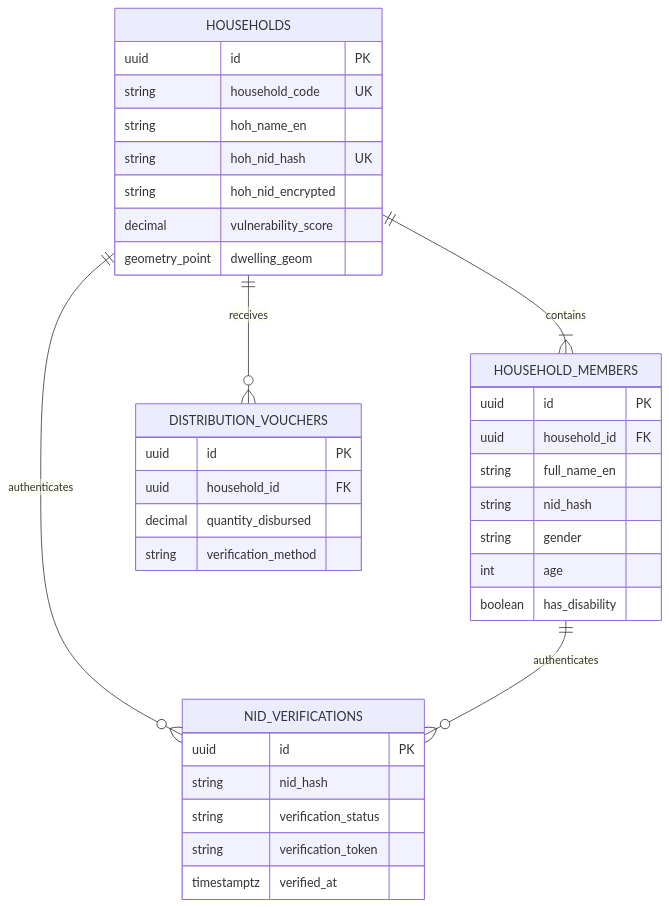
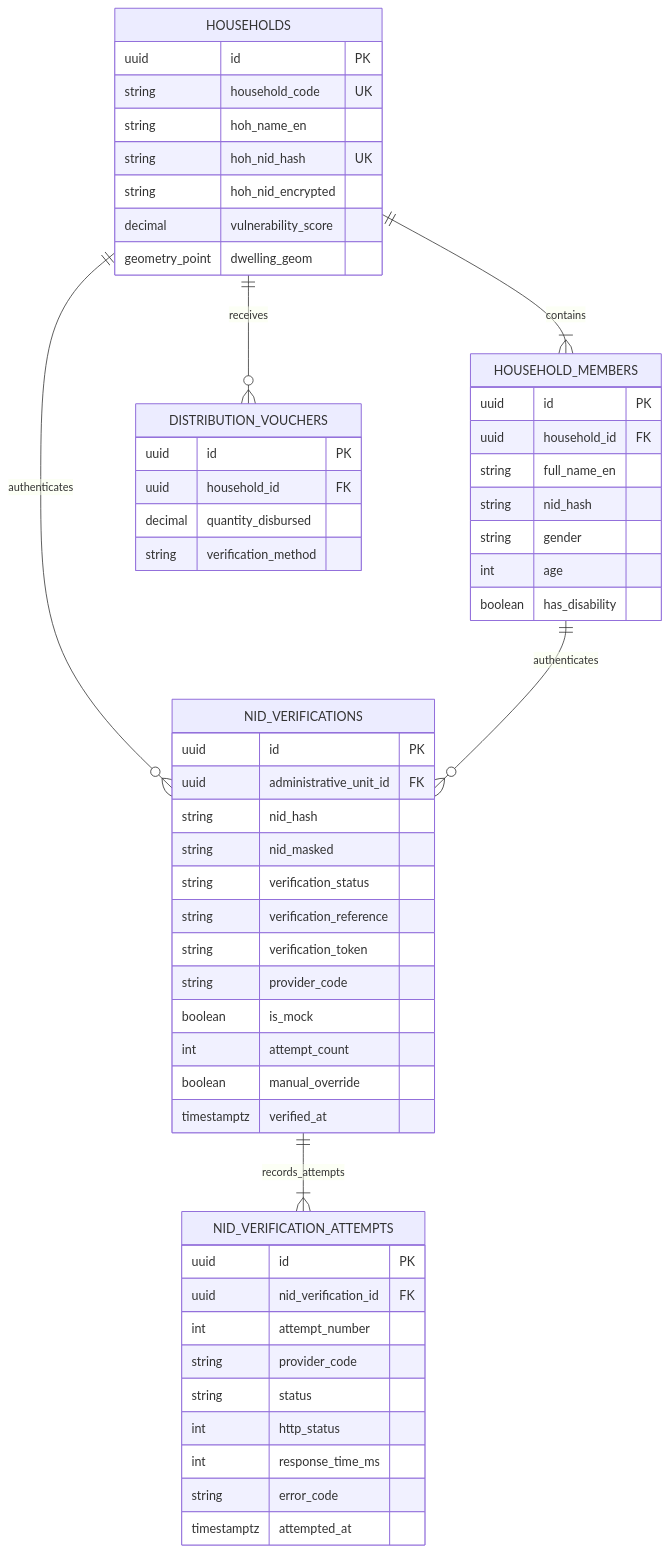
The second of 3 diagrams in documentation/DATABASE_ERD.md (sajeebbarai8290/IDMS), drawn with Mermaid before and after one commit. The commit also changed other lines of this file and 100 other files, not shown here.

````diff
--- a/documentation/DATABASE_ERD.md
+++ b/documentation/DATABASE_ERD.md
@@ -429,42 +532,62 @@
 ```mermaid
 erDiagram
     HOUSEHOLDS ||--|{ HOUSEHOLD_MEMBERS : "contains"
     HOUSEHOLDS ||--o{ NID_VERIFICATIONS : "authenticates"
     HOUSEHOLD_MEMBERS ||--o{ NID_VERIFICATIONS : "authenticates"
+    NID_VERIFICATIONS ||--|{ NID_VERIFICATION_ATTEMPTS : "records_attempts"
     HOUSEHOLDS ||--o{ DISTRIBUTION_VOUCHERS : "receives"
 
     HOUSEHOLDS {
         uuid id PK
         string household_code UK
         string hoh_name_en
         string hoh_nid_hash UK
         string hoh_nid_encrypted
         decimal vulnerability_score
         geometry_point dwelling_geom
     }
 
     HOUSEHOLD_MEMBERS {
         uuid id PK
         uuid household_id FK
         string full_name_en
         string nid_hash
         string gender
         int age
         boolean has_disability
     }
 
     NID_VERIFICATIONS {
         uuid id PK
+        uuid administrative_unit_id FK
         string nid_hash
+        string nid_masked
         string verification_status
+        string verification_reference
         string verification_token
+        string provider_code
+        boolean is_mock
+        int attempt_count
+        boolean manual_override
         timestamptz verified_at
+    }
+
+    NID_VERIFICATION_ATTEMPTS {
+        uuid id PK
+        uuid nid_verification_id FK
+        int attempt_number
+        string provider_code
+        string status
+        int http_status
+        int response_time_ms
+        string error_code
+        timestamptz attempted_at
     }
 
     DISTRIBUTION_VOUCHERS {
         uuid id PK
         uuid household_id FK
         decimal quantity_disbursed
         string verification_method
     }
 ```
````
